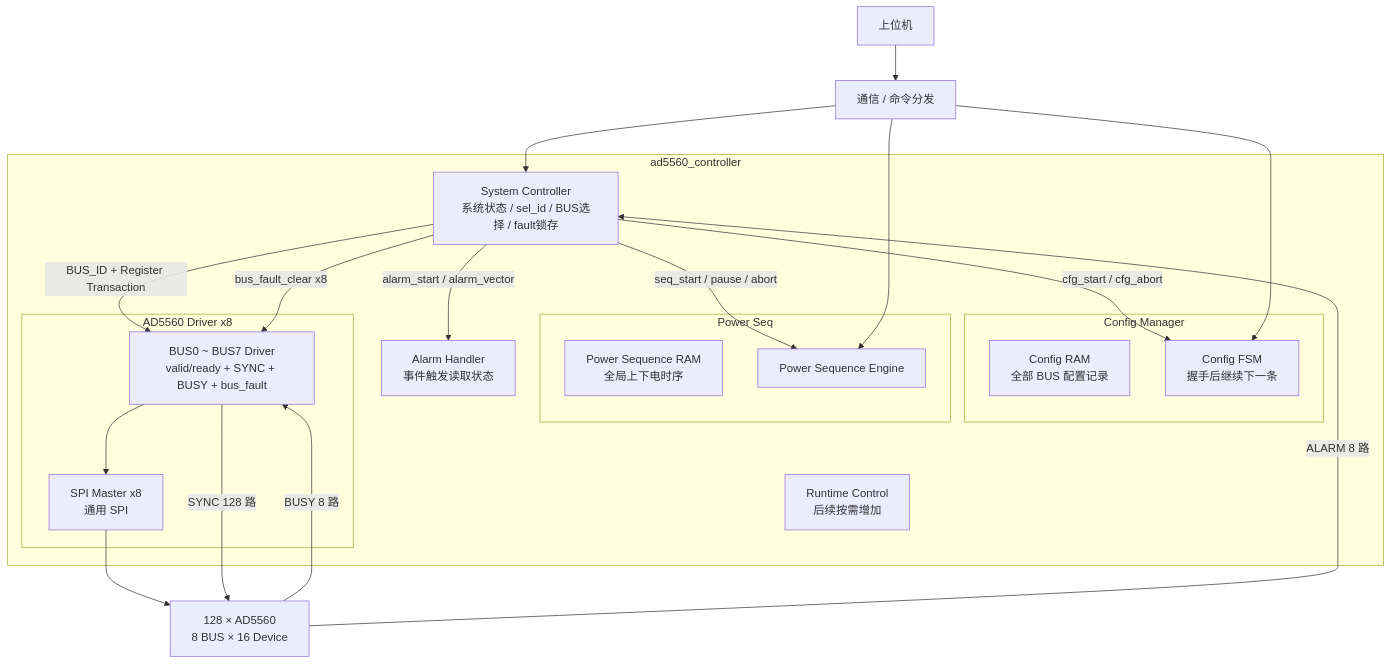
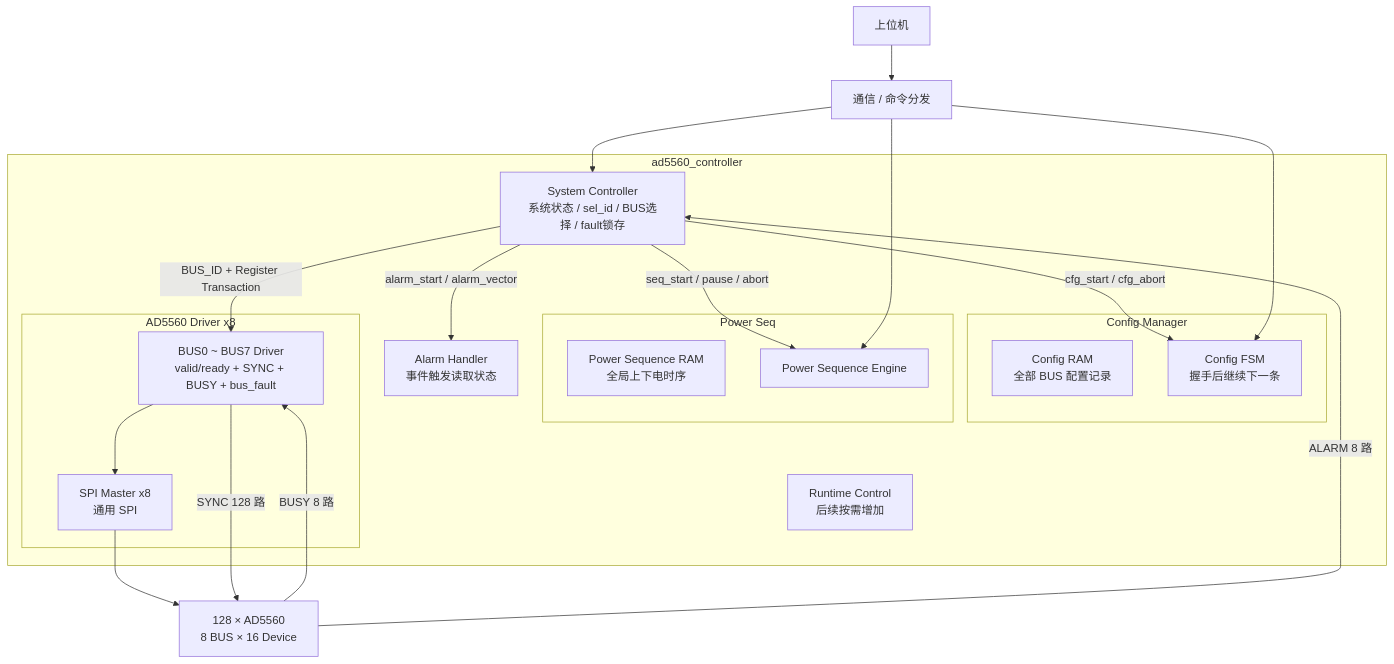
Before and after one commit to hhanghhhhh/hbm_proj: the diagram in AD5560/SYSTEM_ARCHITECTURE.md, drawn with Mermaid.

````diff
--- a/AD5560/SYSTEM_ARCHITECTURE.md
+++ b/AD5560/SYSTEM_ARCHITECTURE.md
@@ -204,47 +204,46 @@
 ```mermaid
 flowchart TB
     PC[上位机]
     COMM[通信 / 命令分发]
 
     subgraph CTRL[ad5560_controller]
         SYS[System Controller\n系统状态 / sel_id / BUS选择 / fault锁存]
 
         subgraph CFG[Config Manager]
             CRAM[Config RAM\n全部 BUS 配置记录]
             CM[Config FSM\n握手后继续下一条]
         end
 
         subgraph PSEQ[Power Seq]
             PSRAM[Power Sequence RAM\n全局上下电时序]
             PSE[Power Sequence Engine]
         end
 
         AH[Alarm Handler\n事件触发读取状态]
         RC[Runtime Control\n后续按需增加]
 
         subgraph DRIVERS[AD5560 Driver x8]
             DRV[BUS0 ~ BUS7 Driver\nvalid/ready + SYNC + BUSY + bus_fault]
             SPI[SPI Master x8\n通用 SPI]
             DRV --> SPI
         end
 
         SYS -->|cfg_start / cfg_abort| CM
         SYS -->|seq_start / pause / abort| PSE
         SYS -->|alarm_start / alarm_vector| AH
 
         SYS -->|BUS_ID + Register Transaction| DRV
-        SYS -->|bus_fault_clear x8| DRV
     end
 
     DEV[128 × AD5560\n8 BUS × 16 Device]
 
     PC --> COMM
     COMM --> CM
     COMM --> SYS
     COMM --> PSE
 
     SPI --> DEV
     DRV -->|SYNC 128 路| DEV
     DEV -->|BUSY 8 路| DRV
     DEV -->|ALARM 8 路| SYS
 ```
````
